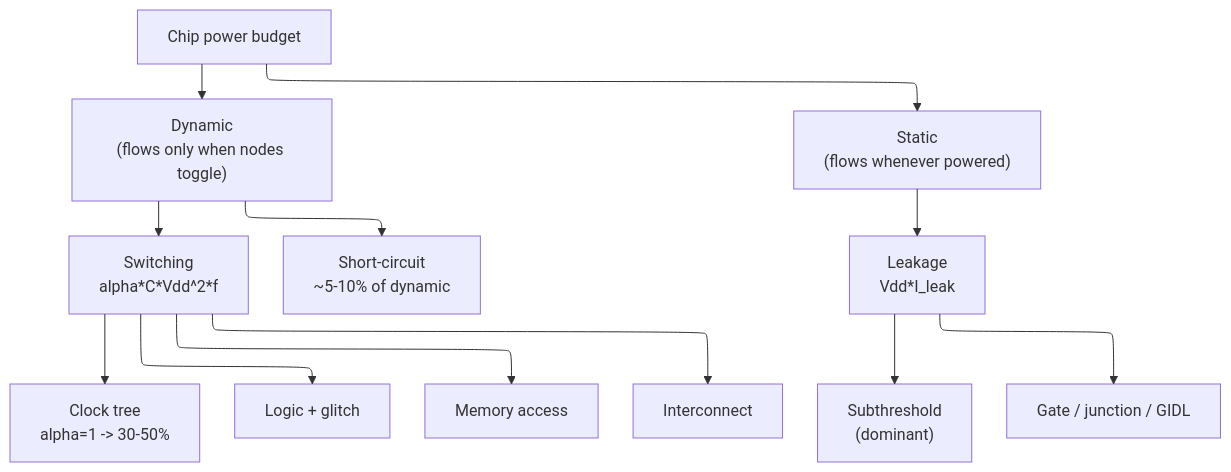
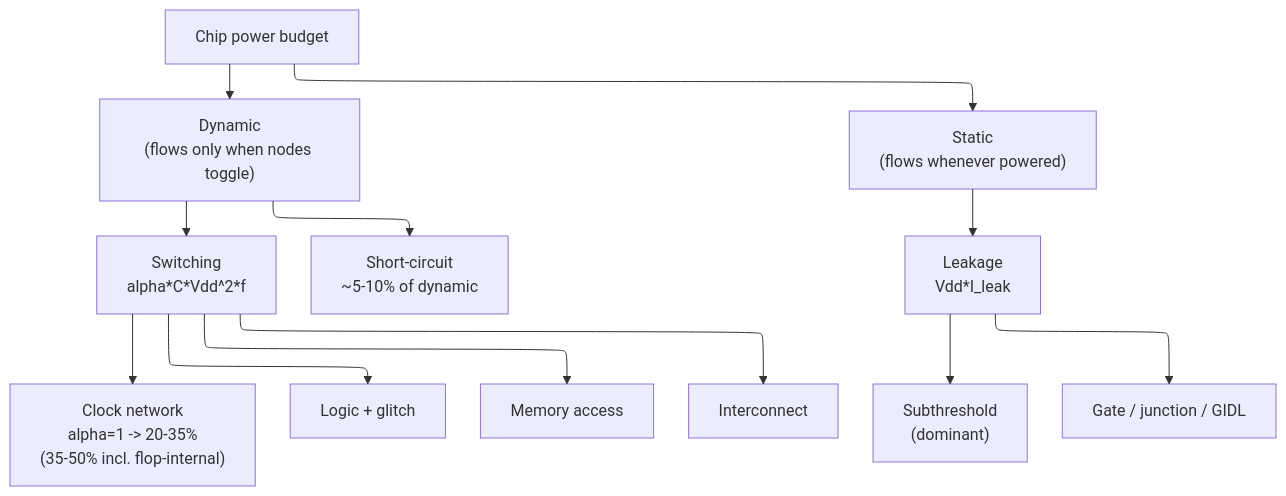
One commit to Wty2003328/silicon-design-notebook changed the first of 2 diagrams in 02_Power_and_Low_Power/01_Power_Fundamentals.md. Above: the diagram before and after it, drawn with Mermaid. The commit also changed other lines of this file and 156 other files, not shown here.

````diff
--- a/02_Power_and_Low_Power/01_Power_Fundamentals.md
+++ b/02_Power_and_Low_Power/01_Power_Fundamentals.md
@@ -71,15 +71,15 @@
 ```mermaid
 %%{init: {"flowchart": {"defaultRenderer": "elk", "nodeSpacing": 55, "rankSpacing": 55, "htmlLabels": false}}}%%
 flowchart TD
     P["Chip power budget"] --> DYN["Dynamic<br/>(flows only when nodes toggle)"]
     P --> STAT["Static<br/>(flows whenever powered)"]
     DYN --> SW["Switching<br/>alpha*C*Vdd^2*f"]
     DYN --> SC["Short-circuit<br/>~5-10% of dynamic"]
     STAT --> LEAK["Leakage<br/>Vdd*I_leak"]
-    SW --> CLK["Clock tree<br/>alpha=1  ->  30-50%"]
+    SW --> CLK["Clock network<br/>alpha=1  ->  20-35%<br/>(35-50% incl. flop-internal)"]
     SW --> LOGIC["Logic + glitch"]
     SW --> MEM["Memory access"]
     SW --> WIRE["Interconnect"]
     LEAK --> SUB["Subthreshold<br/>(dominant)"]
     LEAK --> ETC["Gate / junction / GIDL"]
 ```
````
